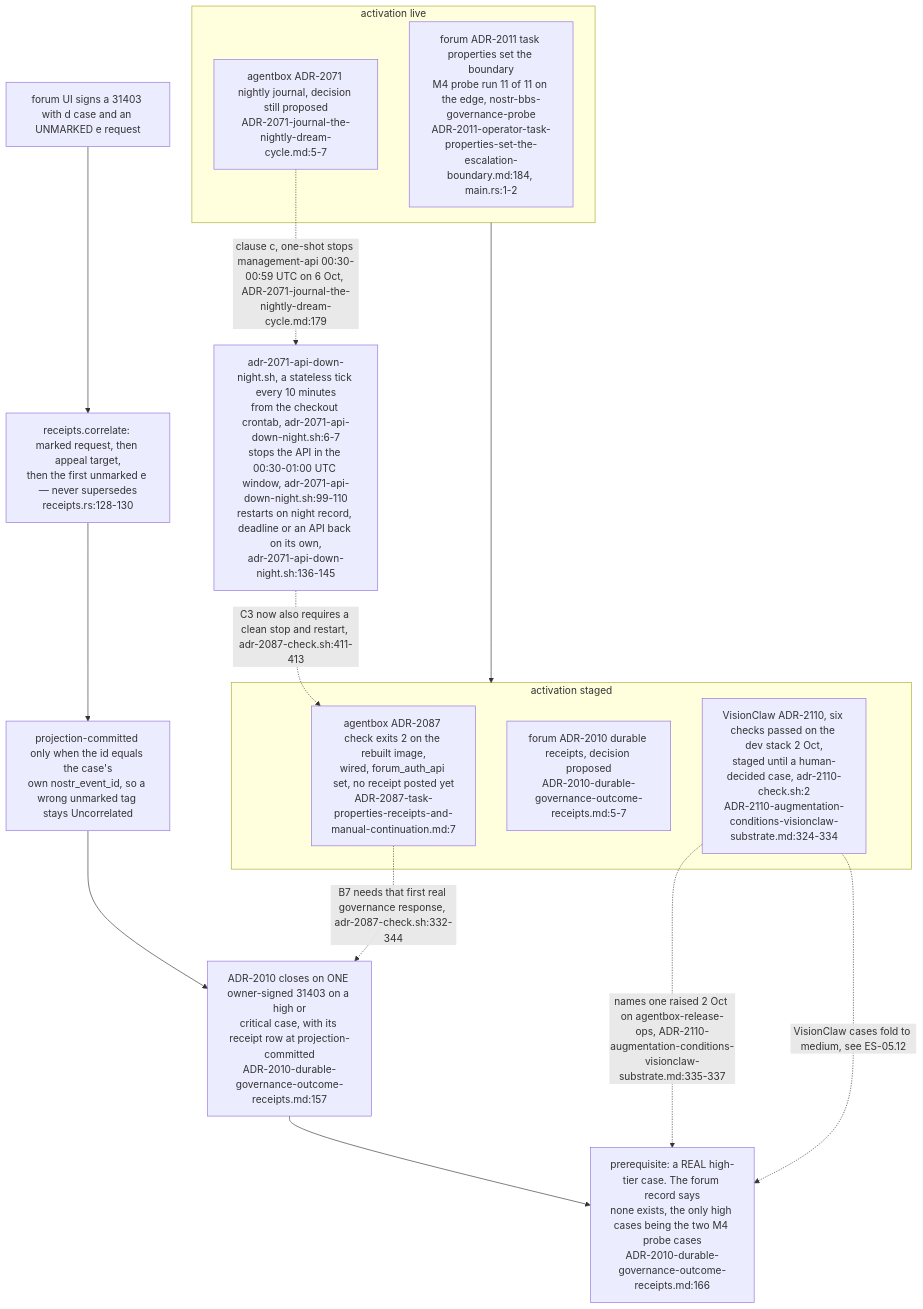
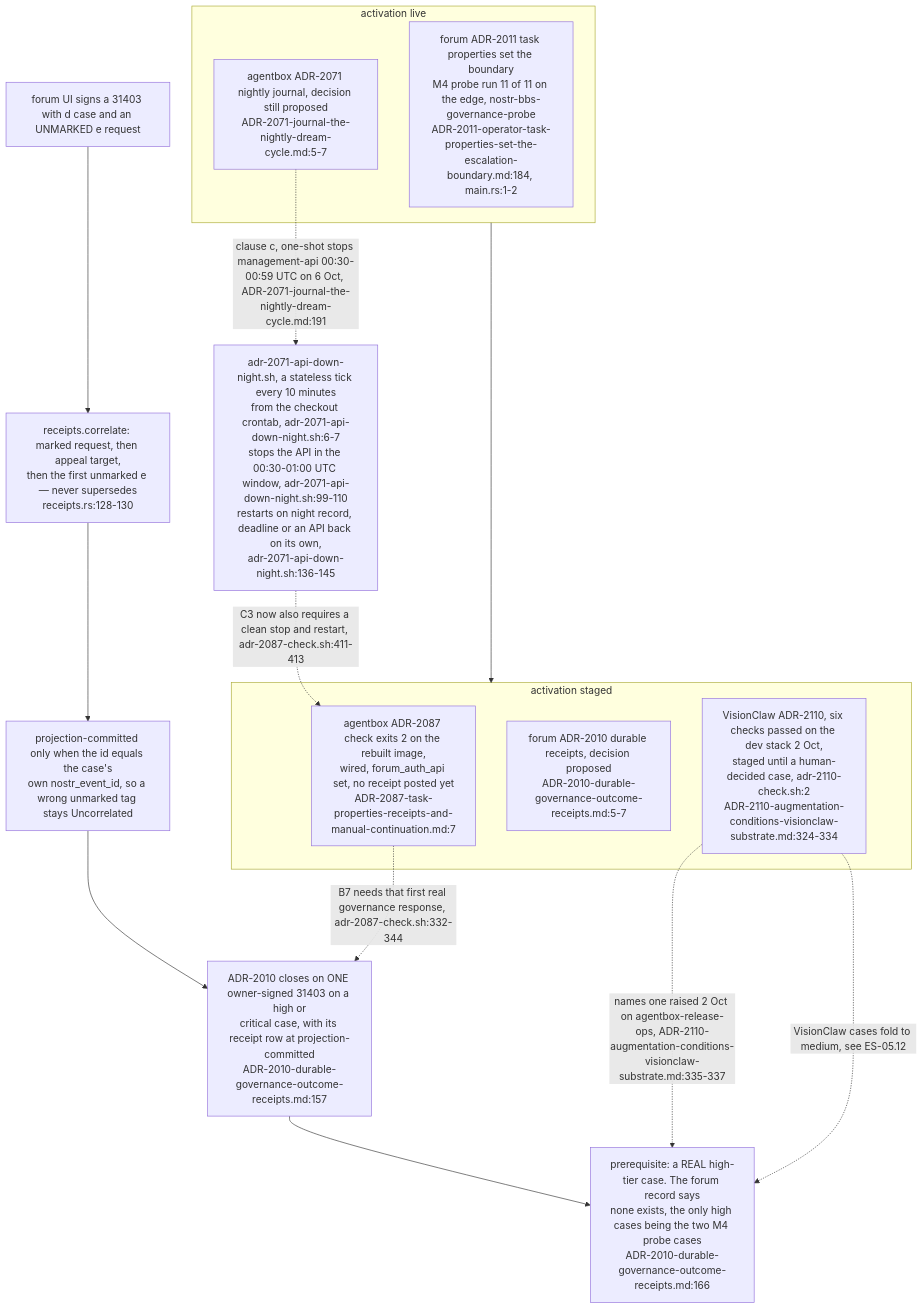
Before and after one commit to DreamLab-AI/VisionFlow: the tenth of 11 diagrams in docs/diagrams/estate/05-governance-loop-across-estate.md, drawn with Mermaid. The commit also changed other lines of this file and 14 other files, not shown here.

First line of the commit message:
docs(diagrams): custody role isolation — new AB-36, re-stamp 11 topics at the custody integration head

````diff
--- a/docs/diagrams/estate/05-governance-loop-across-estate.md
+++ b/docs/diagrams/estate/05-governance-loop-across-estate.md
@@ -311,23 +317,23 @@
 ```mermaid
 flowchart TB
     subgraph LIVE["activation live"]
         F2011["forum ADR-2011 task properties set the boundary<br/>M4 probe run 11 of 11 on the edge, nostr-bbs-governance-probe<br/>ADR-2011-operator-task-properties-set-the-escalation-boundary.md:184, main.rs:1-2"]
         A2071["agentbox ADR-2071 nightly journal, decision still proposed<br/>ADR-2071-journal-the-nightly-dream-cycle.md:5-7"]
     end
-    A2071 -.->|"clause c, one-shot stops management-api 00:30-00:59 UTC on 6 Oct, ADR-2071-journal-the-nightly-dream-cycle.md:179"| ONESHOT["adr-2071-api-down-night.sh, a stateless tick every 10 minutes<br/>from the checkout crontab, adr-2071-api-down-night.sh:6-7<br/>stops the API in the 00:30-01:00 UTC window, adr-2071-api-down-night.sh:99-110<br/>restarts on night record, deadline or an API back on its own,<br/>adr-2071-api-down-night.sh:136-145"]
+    A2071 -.->|"clause c, one-shot stops management-api 00:30-00:59 UTC on 6 Oct, ADR-2071-journal-the-nightly-dream-cycle.md:191"| ONESHOT["adr-2071-api-down-night.sh, a stateless tick every 10 minutes<br/>from the checkout crontab, adr-2071-api-down-night.sh:6-7<br/>stops the API in the 00:30-01:00 UTC window, adr-2071-api-down-night.sh:99-110<br/>restarts on night record, deadline or an API back on its own,<br/>adr-2071-api-down-night.sh:136-145"]
     ONESHOT -.->|"C3 now also requires a clean stop and restart, adr-2087-check.sh:411-413"| A2087
     subgraph STAGED["activation staged"]
         A2087["agentbox ADR-2087 check exits 2 on the rebuilt image,<br/>wired, forum_auth_api set, no receipt posted yet<br/>ADR-2087-task-properties-receipts-and-manual-continuation.md:7"]
         F2010["forum ADR-2010 durable receipts, decision proposed<br/>ADR-2010-durable-governance-outcome-receipts.md:5-7"]
         V2110["VisionClaw ADR-2110, six checks passed on the dev stack 2 Oct,<br/>staged until a human-decided case, adr-2110-check.sh:2<br/>ADR-2110-augmentation-conditions-visionclaw-substrate.md:324-334"]
     end
     LIVE --> STAGED
 
     UI["forum UI signs a 31403 with d case and an UNMARKED e request"] --> COR["receipts.correlate: marked request, then appeal target,<br/>then the first unmarked e — never supersedes<br/>receipts.rs:128-130"]
     COR --> PROJ["projection-committed only when the id equals the case's<br/>own nostr_event_id, so a wrong unmarked tag stays Uncorrelated"]
     PROJ --> ACC["ADR-2010 closes on ONE owner-signed 31403 on a high or<br/>critical case, with its receipt row at projection-committed<br/>ADR-2010-durable-governance-outcome-receipts.md:157"]
     ACC --> NOCASE["prerequisite: a REAL high-tier case. The forum record says<br/>none exists, the only high cases being the two M4 probe cases<br/>ADR-2010-durable-governance-outcome-receipts.md:166"]
     V2110 -.->|"names one raised 2 Oct on agentbox-release-ops, ADR-2110-augmentation-conditions-visionclaw-substrate.md:335-337"| NOCASE
     V2110 -.->|"VisionClaw cases fold to medium, see ES-05.12"| NOCASE
     A2087 -.->|"B7 needs that first real governance response, adr-2087-check.sh:332-344"| ACC
 ```
````
